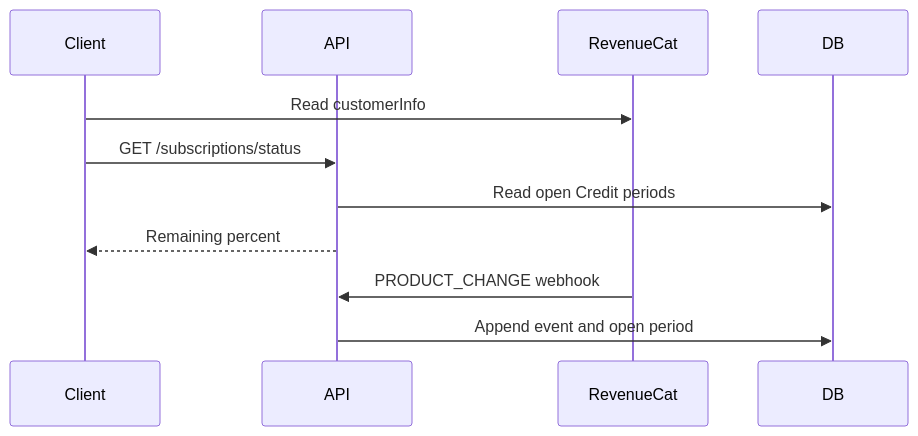
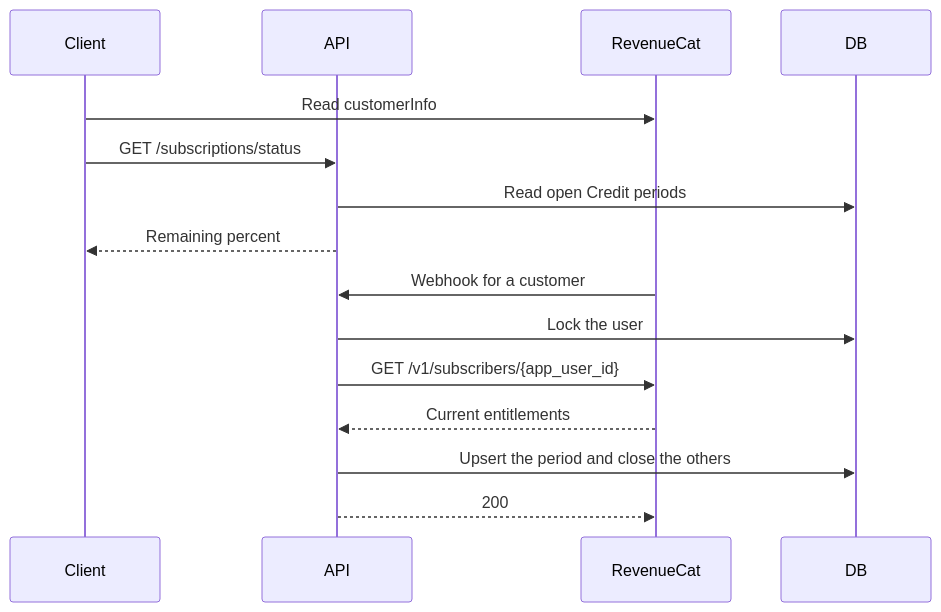
The second of 2 diagrams in server/docs/ai/adr/2026-10-04-subscription-credits.md (moeru-ai/airi), drawn with Mermaid before and after one commit. The commit also changed other lines of this file and 18 other files, not shown here.

First line of the commit message:
refactor(api): reconcile plan Credits from RevenueCat entitlements

````diff
--- a/server/docs/ai/adr/2026-10-04-subscription-credits.md
+++ b/server/docs/ai/adr/2026-10-04-subscription-credits.md
@@ -77,13 +98,17 @@
 ```mermaid
 sequenceDiagram
   participant Client
   participant API
   participant RC as RevenueCat
   participant DB
   Client->>RC: Read customerInfo
   Client->>API: GET /subscriptions/status
   API->>DB: Read open Credit periods
   API-->>Client: Remaining percent
-  RC->>API: PRODUCT_CHANGE webhook
-  API->>DB: Append event and open period
+  RC->>API: Webhook for a customer
+  API->>DB: Lock the user
+  API->>RC: GET /v1/subscribers/{app_user_id}
+  RC-->>API: Current entitlements
+  API->>DB: Upsert the period and close the others
+  API-->>RC: 200
 ```
````
